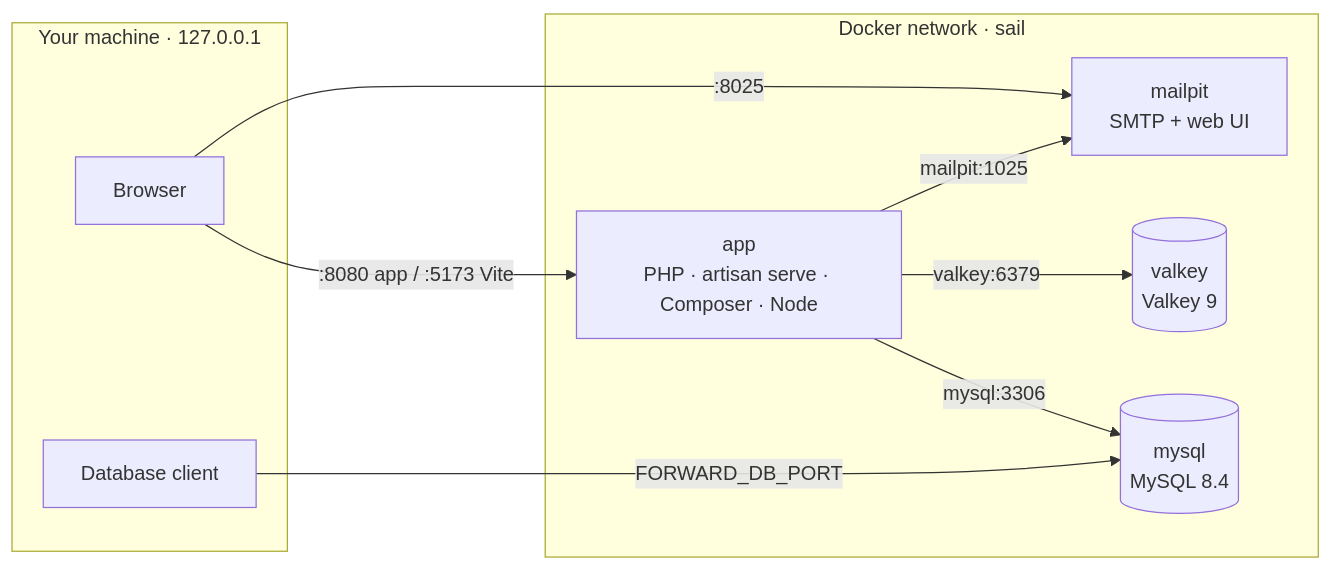
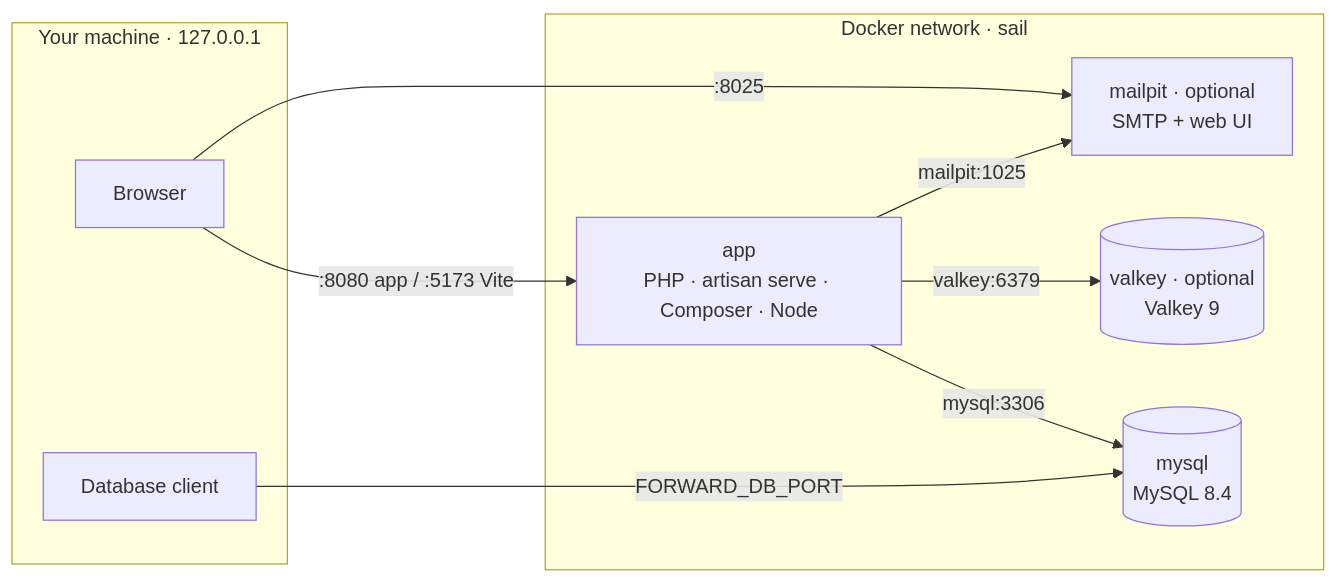
The first of 2 diagrams in README.md (mattiaferraioli00/laravel-docker-boilerplate), drawn with Mermaid before and after one commit. The commit also changed other lines of this file and 2 other files, not shown here.

Commit message:
Make Valkey and Mailpit optional with Compose profiles

````diff
--- a/README.md
+++ b/README.md
@@ -121,19 +124,19 @@
 ```mermaid
 flowchart LR
     subgraph host["Your machine · 127.0.0.1"]
         browser["Browser"]
         client["Database client"]
     end
     subgraph network["Docker network · sail"]
         app["app<br/>PHP · artisan serve · Composer · Node"]
         mysql[("mysql<br/>MySQL 8.4")]
-        valkey[("valkey<br/>Valkey 9")]
-        mailpit["mailpit<br/>SMTP + web UI"]
+        valkey[("valkey · optional<br/>Valkey 9")]
+        mailpit["mailpit · optional<br/>SMTP + web UI"]
     end
     browser -- ":8080 app / :5173 Vite" --> app
     browser -- ":8025" --> mailpit
     client -- "FORWARD_DB_PORT" --> mysql
     app -- "mysql:3306" --> mysql
     app -- "valkey:6379" --> valkey
     app -- "mailpit:1025" --> mailpit
 ```
````
